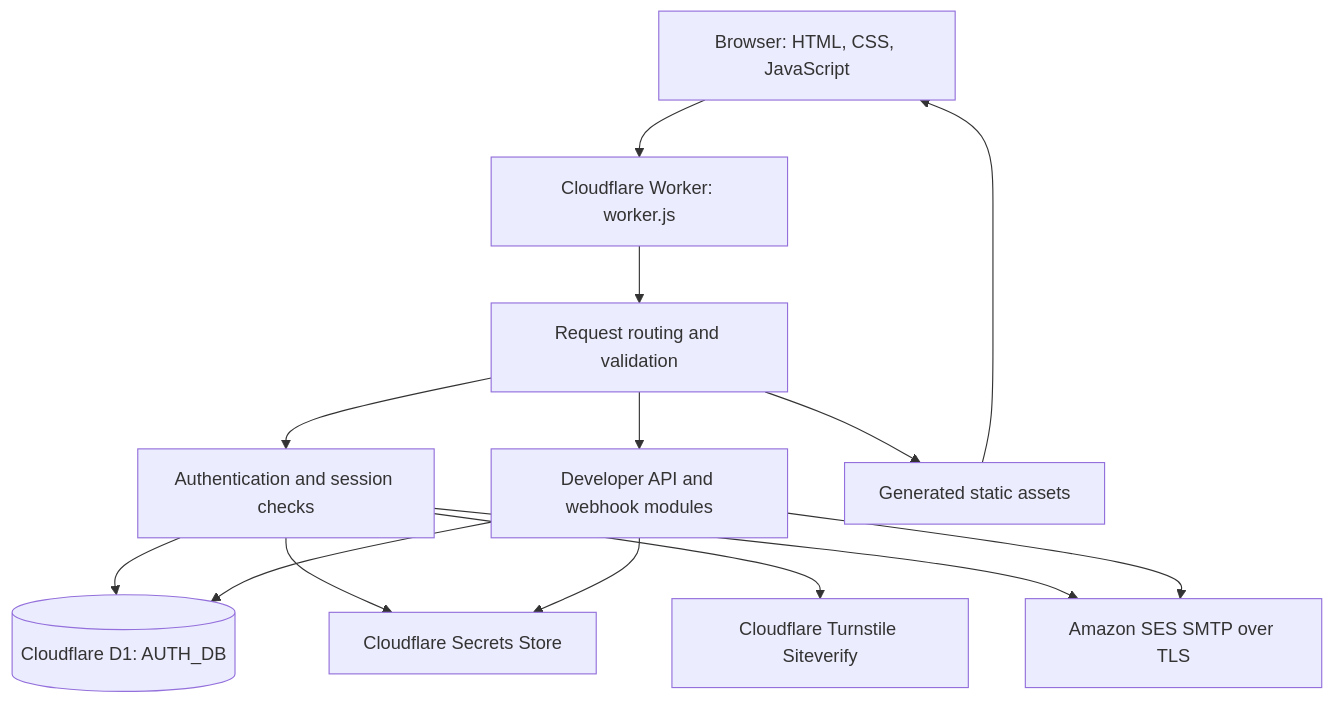
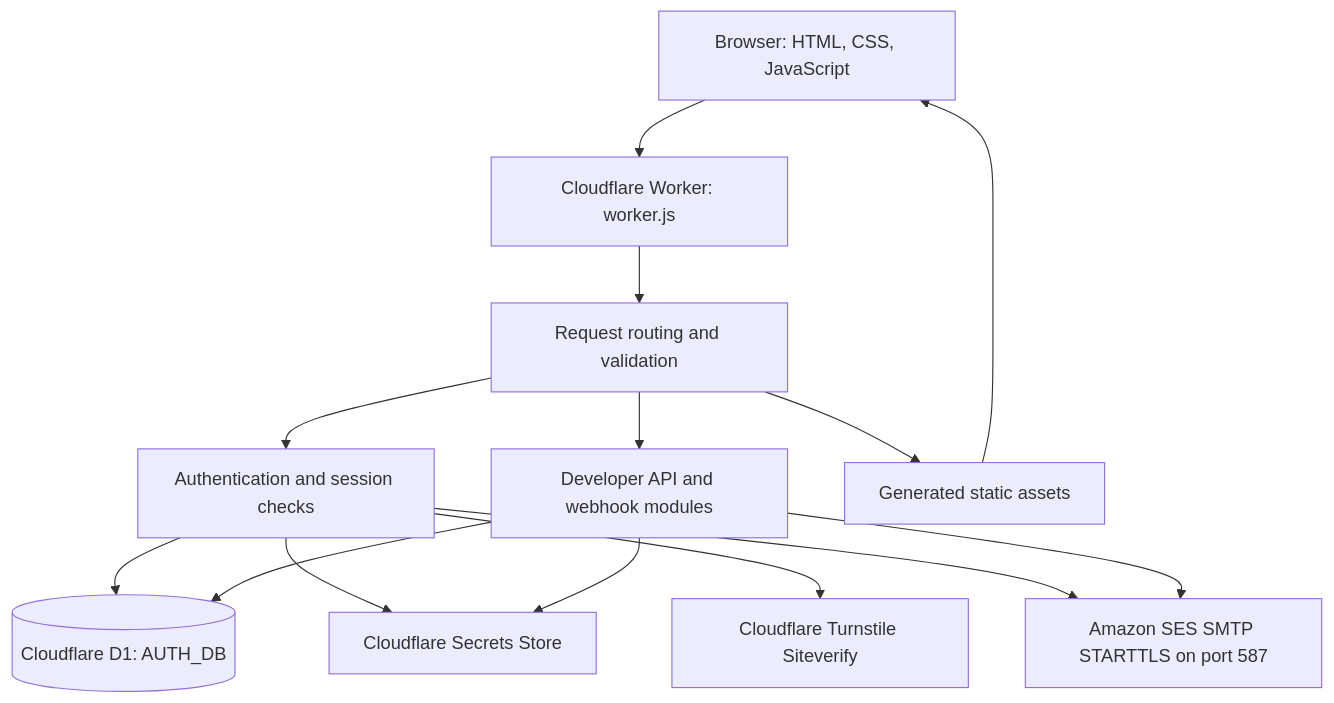
Before and after one commit to DevJel/LeadMASTER: the fifth of 12 diagrams in README.md, drawn with Mermaid. The commit also changed other lines of this file and 9 other files, not shown here.

```diff
--- a/README.md
+++ b/README.md
@@ -376,16 +376,16 @@
 ~~~mermaid
 flowchart TB
   Browser[Browser: HTML, CSS, JavaScript] --> Worker[Cloudflare Worker: worker.js]
   Worker --> Router[Request routing and validation]
   Router --> Auth[Authentication and session checks]
   Router --> API[Developer API and webhook modules]
   Router --> Static[Generated static assets]
   Auth --> D1[(Cloudflare D1: AUTH_DB)]
   API --> D1
   Auth --> Secrets[Cloudflare Secrets Store]
   API --> Secrets
   Auth --> Turnstile[Cloudflare Turnstile Siteverify]
-  Auth --> SES[Amazon SES SMTP over TLS]
+  Auth --> SES[Amazon SES SMTP STARTTLS on port 587]
   API --> SES
   Static --> Browser
 ~~~
```
